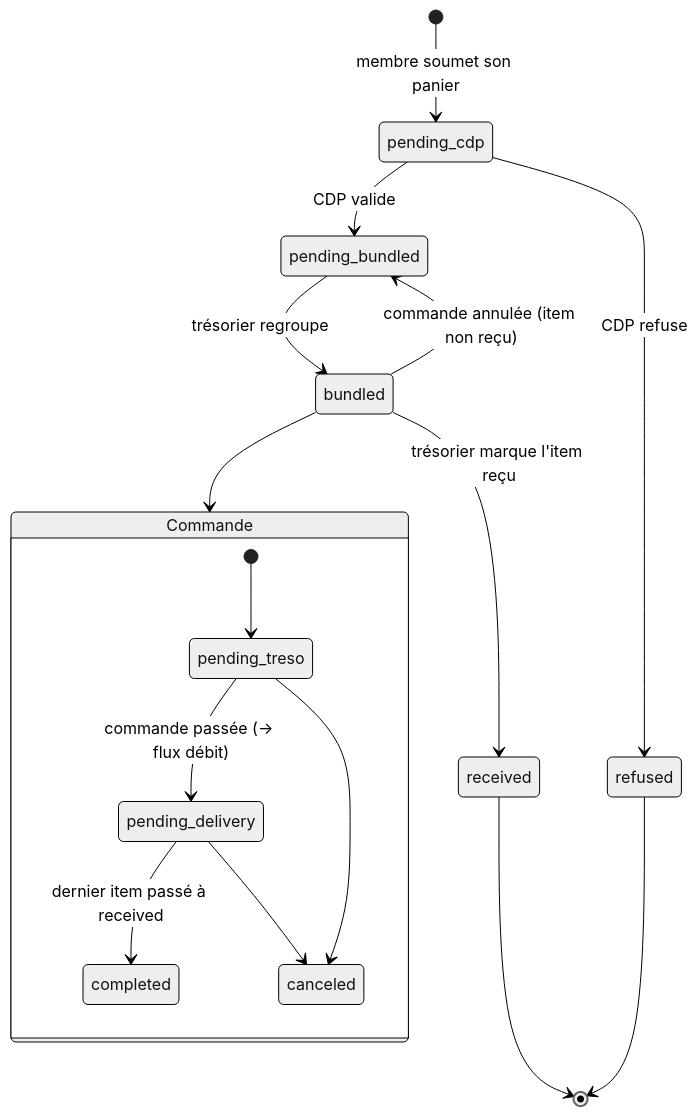
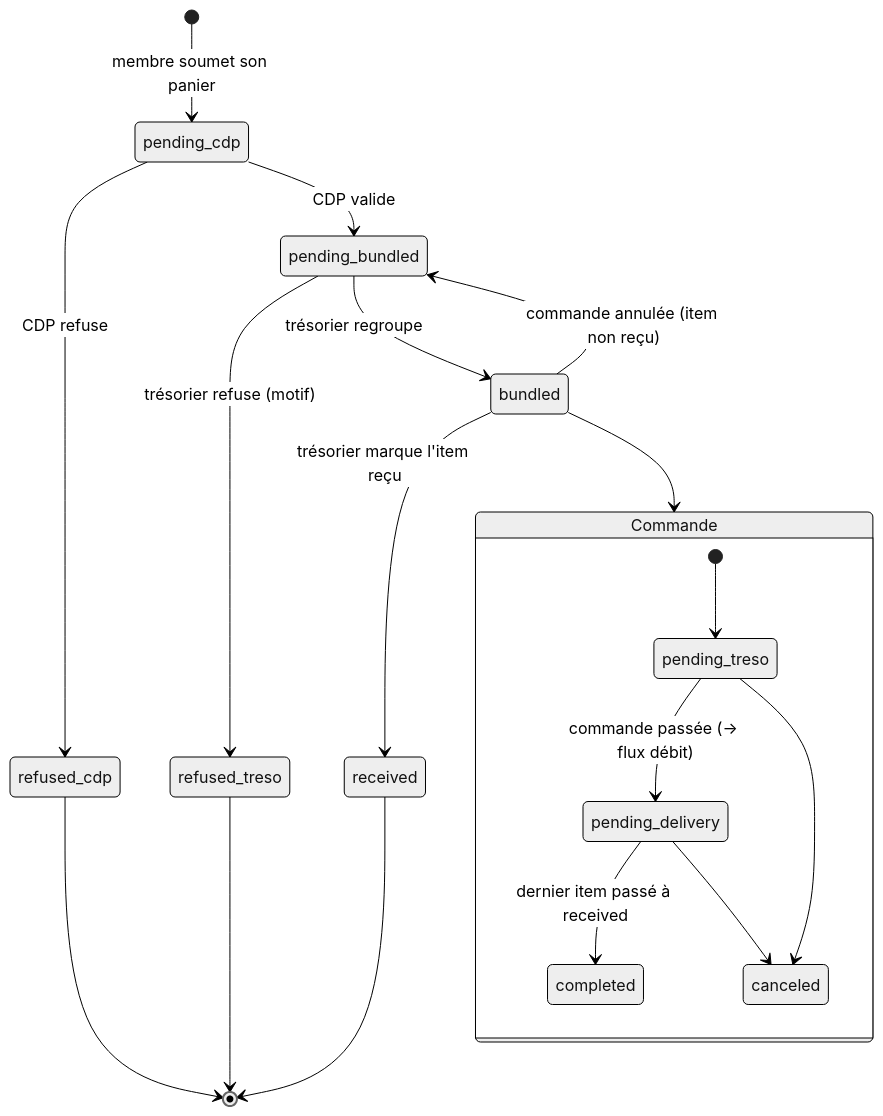
One commit to DaVinciBot/cash changed the diagram in docs/Cahier des charges - Refonte des plateformes de commande et de trésorerie.md. Above: the diagram before and after it, drawn with Mermaid (neutral theme). The commit also changed other lines of this file, not shown here.

````diff
--- a/docs/Cahier des charges - Refonte des plateformes de commande et de trésorerie.md
+++ b/docs/Cahier des charges - Refonte des plateformes de commande et de trésorerie.md
@@ -381,22 +417,23 @@
 ```mermaid
 stateDiagram-v2
     [*] --> pending_cdp: membre soumet son panier
 
     state Commande {
         [*] --> pending_treso
         pending_treso --> pending_delivery: commande passée (→ flux débit)
         pending_delivery --> completed: dernier item passé à received
         pending_treso --> canceled
         pending_delivery --> canceled
     }
 
+    pending_cdp --> refused_cdp: CDP refuse
     pending_cdp --> pending_bundled: CDP valide
-    pending_cdp --> refused: CDP refuse
+    pending_bundled --> refused_treso: trésorier refuse (motif)
     pending_bundled --> bundled: trésorier regroupe
     bundled --> received: trésorier marque l'item reçu
     bundled --> pending_bundled: commande annulée (item non reçu)
-    
     bundled --> Commande
     received --> [*]
-    refused --> [*]
+    refused_cdp --> [*]
+    refused_treso --> [*]
 ```
````
